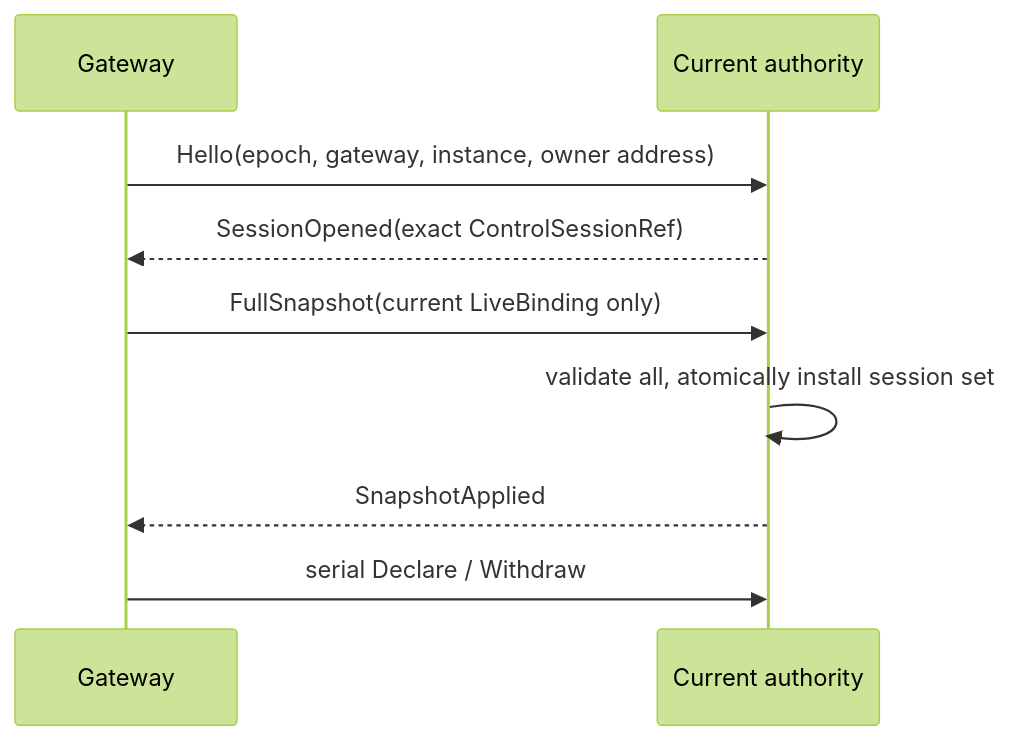
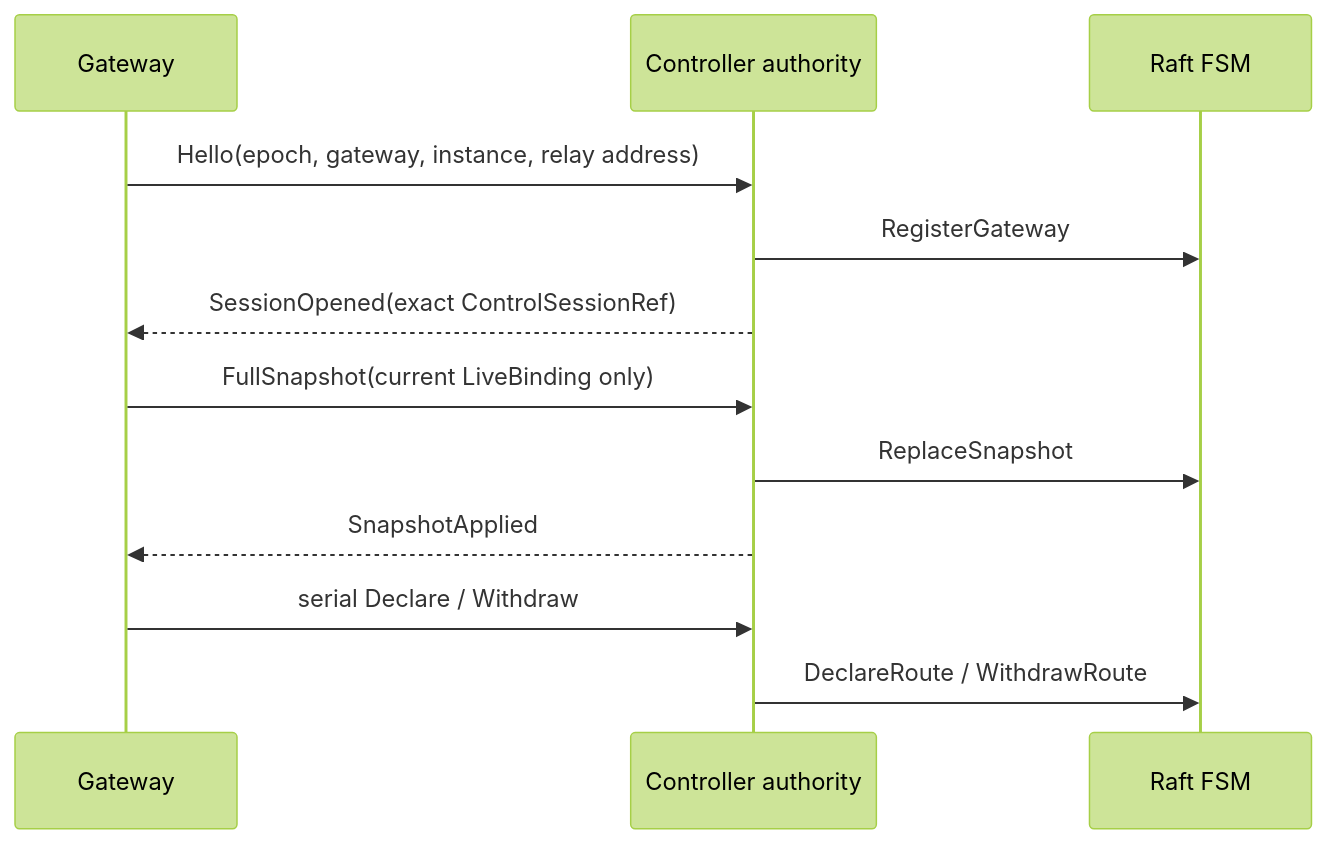
One commit to cagojeiger/relaygate changed the second of 2 diagrams in docs/spec/001-system-model.md. Above: the diagram before and after it, drawn with Mermaid (forest theme). The commit also changed other lines of this file and 89 other files, not shown here.

Commit message:
refactor: persist current raft state and split runtime roles

````diff
--- a/docs/spec/001-system-model.md
+++ b/docs/spec/001-system-model.md
@@ -44,11 +70,14 @@
 ```mermaid
 sequenceDiagram
     participant G as Gateway
-    participant A as Current authority
-    G->>A: Hello(epoch, gateway, instance, owner address)
+    participant A as Controller authority
+    participant R as Raft FSM
+    G->>A: Hello(epoch, gateway, instance, relay address)
+    A->>R: RegisterGateway
     A-->>G: SessionOpened(exact ControlSessionRef)
     G->>A: FullSnapshot(current LiveBinding only)
-    A->>A: validate all, atomically install session set
+    A->>R: ReplaceSnapshot
     A-->>G: SnapshotApplied
     G->>A: serial Declare / Withdraw
+    A->>R: DeclareRoute / WithdrawRoute
 ```
````
